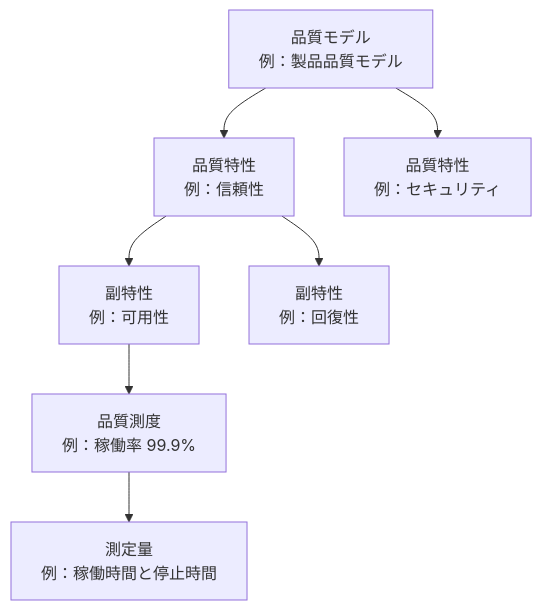
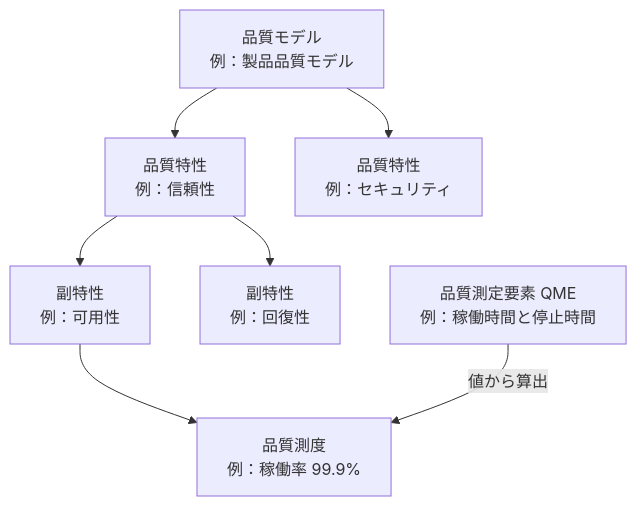
The third of 10 diagrams in Iso-iec-25002-2024-guide.md (myoshi2891/Quality-Assurance-Studies), drawn with Mermaid before and after one commit. The commit also changed other lines of this file and 1 other file, not shown here.

````diff
--- a/Iso-iec-25002-2024-guide.md
+++ b/Iso-iec-25002-2024-guide.md
@@ -127,9 +127,9 @@
 ```mermaid
 flowchart TB
     M["品質モデル<br/>例：製品品質モデル"] --> C1["品質特性<br/>例：信頼性"]
     M --> C2["品質特性<br/>例：セキュリティ"]
     C1 --> S1["副特性<br/>例：可用性"]
     C1 --> S2["副特性<br/>例：回復性"]
     S1 --> Q["品質測度<br/>例：稼働率 99.9%"]
-    Q --> E["測定量<br/>例：稼働時間と停止時間"]
+    E["品質測定要素 QME<br/>例：稼働時間と停止時間"] -->|"値から算出"| Q
 ```
````
